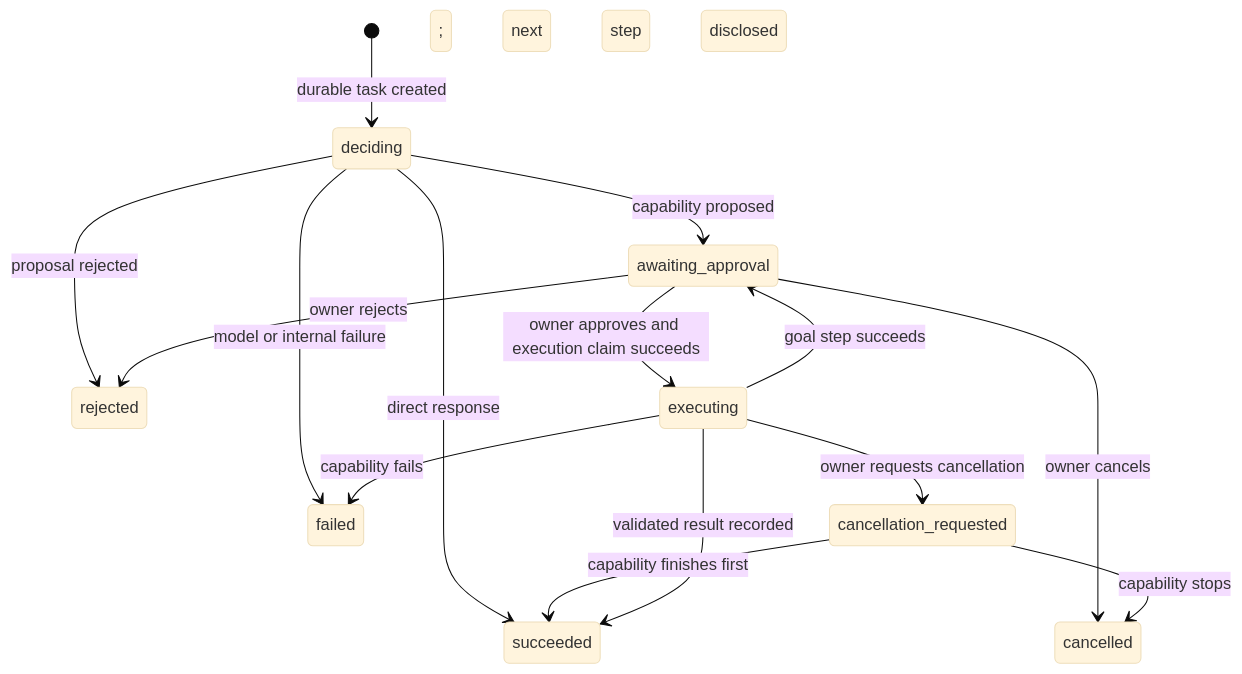
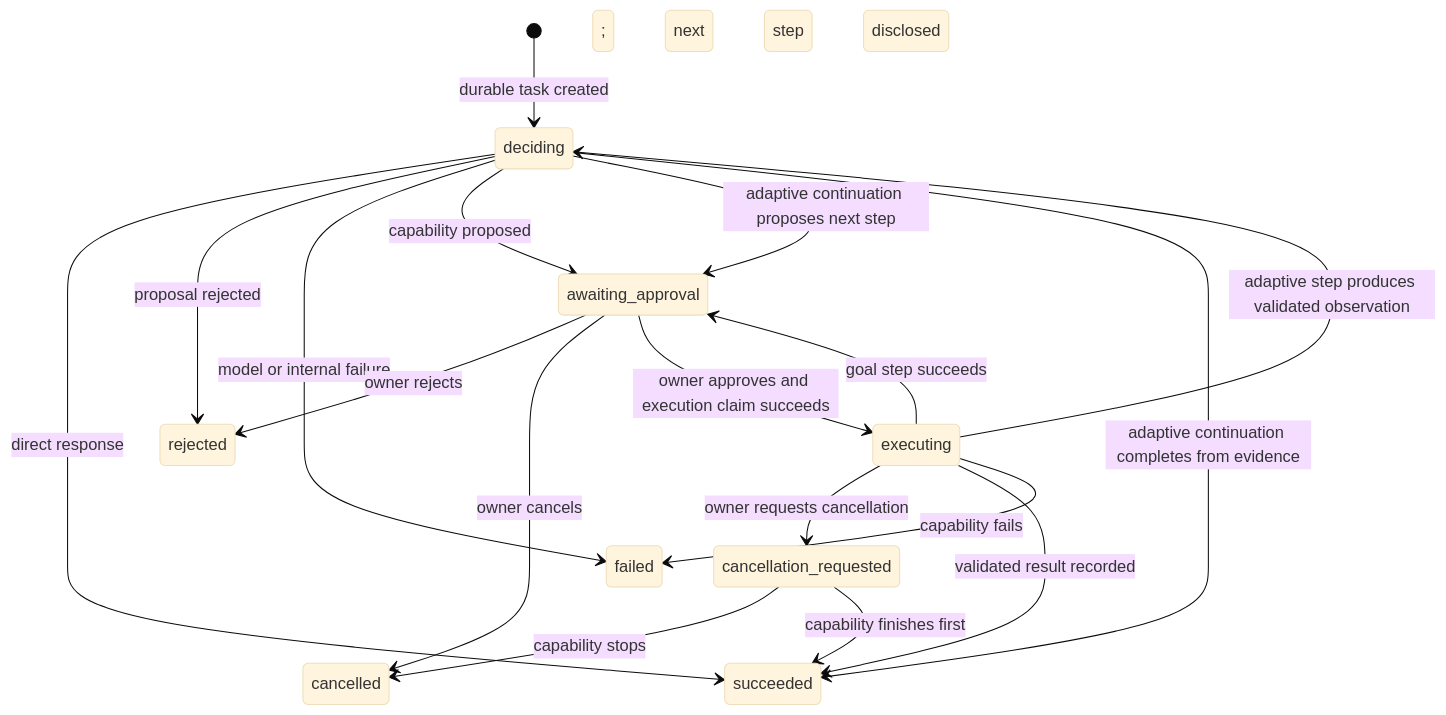
One commit to 4romgod/vera changed the first of 2 diagrams in docs/api.md. Above: the diagram before and after it, drawn with Mermaid (base theme). The commit also changed other lines of this file and 36 other files, not shown here.

Commit message:
feat(orchestration): adapt goals from validated evidence (#15)

````diff
--- a/docs/api.md
+++ b/docs/api.md
@@ -60,17 +60,20 @@
 ```mermaid
 stateDiagram-v2
     [*] --> deciding: durable task created
     deciding --> succeeded: direct response
     deciding --> rejected: proposal rejected
     deciding --> failed: model or internal failure
     deciding --> awaiting_approval: capability proposed
     awaiting_approval --> rejected: owner rejects
     awaiting_approval --> cancelled: owner cancels
     awaiting_approval --> executing: owner approves and execution claim succeeds
     executing --> cancellation_requested: owner requests cancellation
     cancellation_requested --> cancelled: capability stops
     cancellation_requested --> succeeded: capability finishes first
     executing --> succeeded: validated result recorded
     executing --> awaiting_approval: goal step succeeds; next step disclosed
+    executing --> deciding: adaptive step produces validated observation
+    deciding --> awaiting_approval: adaptive continuation proposes next step
+    deciding --> succeeded: adaptive continuation completes from evidence
     executing --> failed: capability fails
 ```
````
